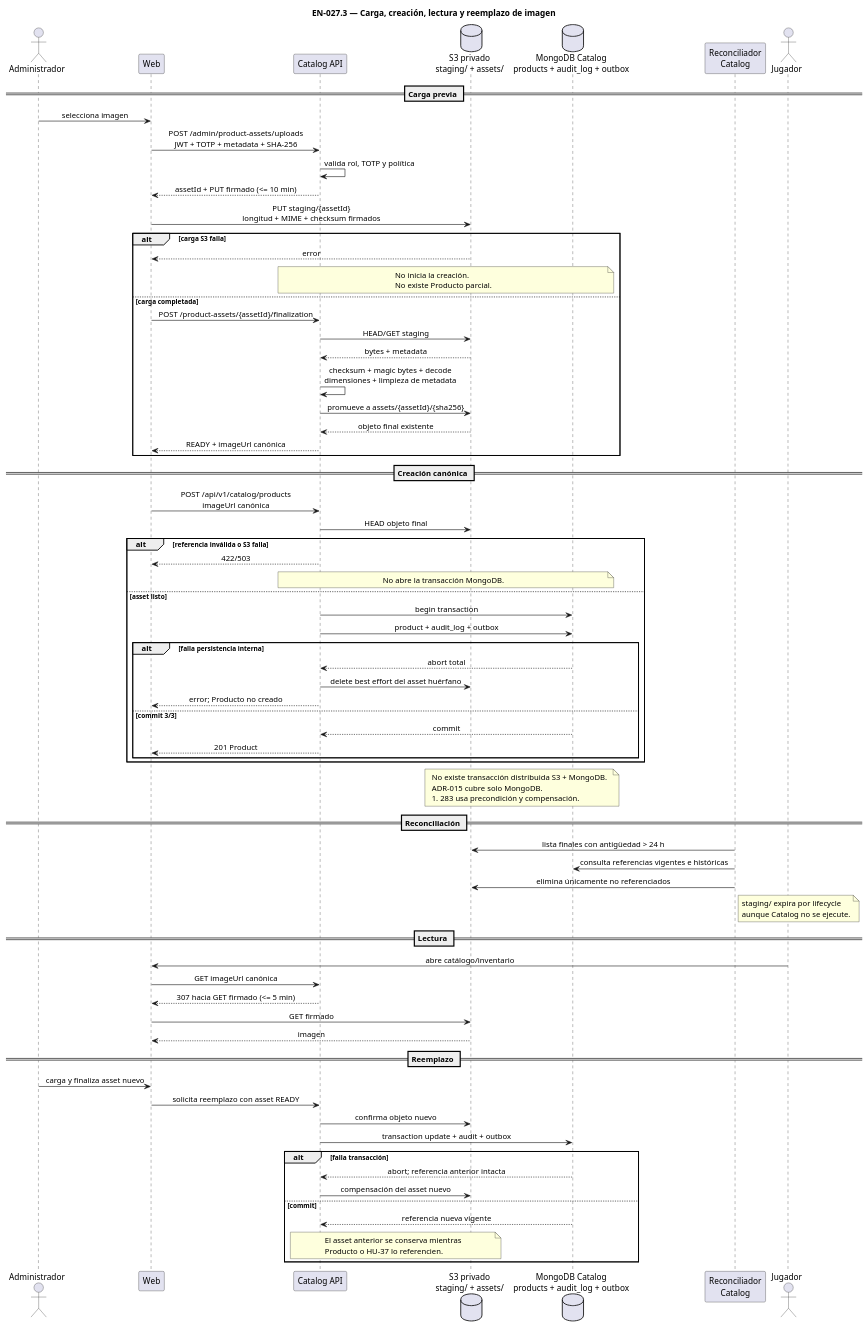
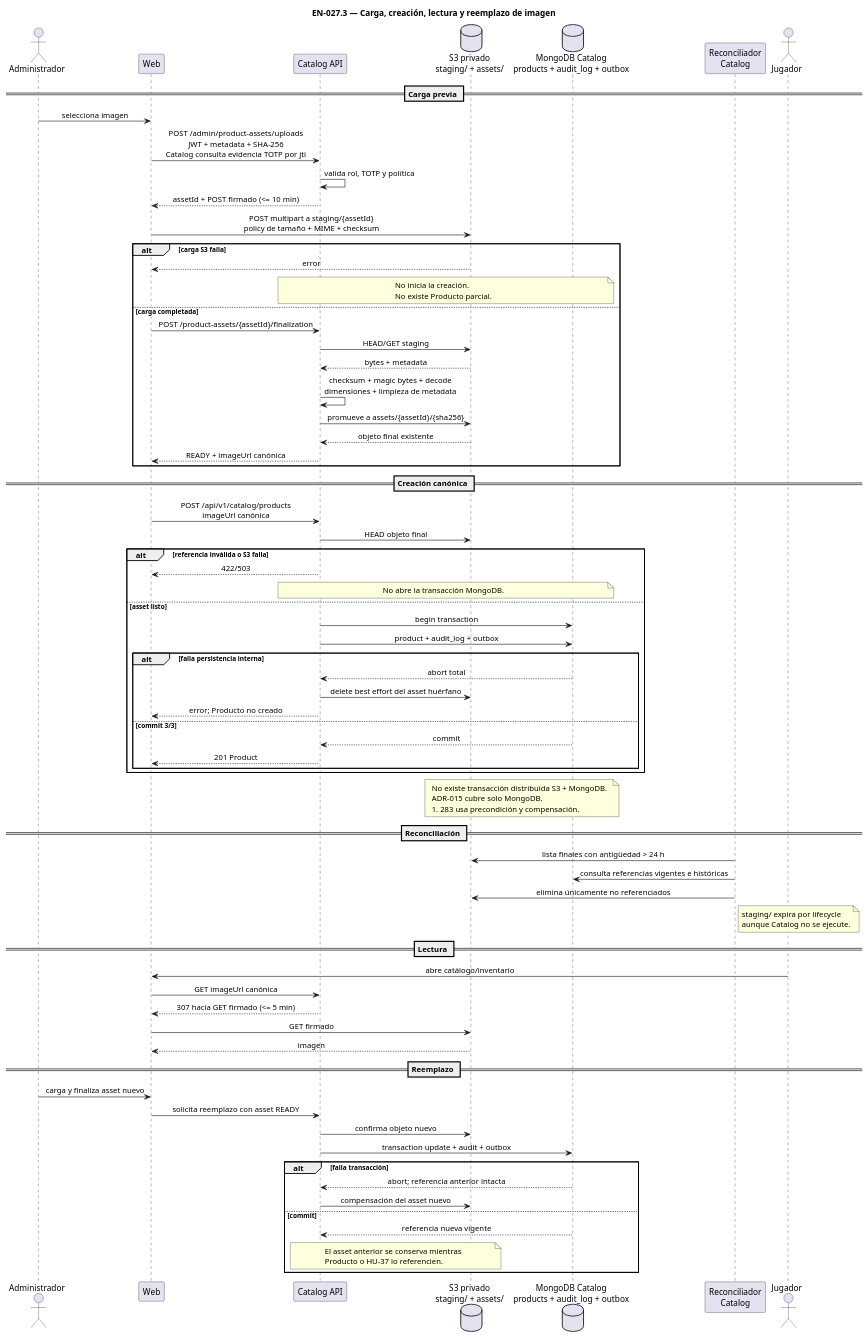
One commit to Nexus-Battle-VI/Nexus-Battle-Infrastructure changed the diagram in docs/diagrams/catalog-product-asset-lifecycle.puml. Above: the diagram before and after it, drawn with PlantUML.

Commit message:
docs(diagram): align asset upload with signed POST and MFA evidence

```diff
--- a/docs/diagrams/catalog-product-asset-lifecycle.puml
+++ b/docs/diagrams/catalog-product-asset-lifecycle.puml
@@ -1,103 +1,103 @@
 @startuml
 title EN-027.3 — Carga, creación, lectura y reemplazo de imagen
 
 skinparam shadowing false
 skinparam sequenceMessageAlign center
 
 actor "Administrador" as admin
 participant "Web" as web
 participant "Catalog API" as catalog
 database "S3 privado\nstaging/ + assets/" as s3
 database "MongoDB Catalog\nproducts + audit_log + outbox" as mongo
 participant "Reconciliador\nCatalog" as reconcile
 actor "Jugador" as player
 
 == Carga previa ==
 
 admin -> web : selecciona imagen
-web -> catalog : POST /admin/product-assets/uploads\nJWT + TOTP + metadata + SHA-256
+web -> catalog : POST /admin/product-assets/uploads\nJWT + metadata + SHA-256\nCatalog consulta evidencia TOTP por jti
 catalog -> catalog : valida rol, TOTP y política
-catalog --> web : assetId + PUT firmado (<= 10 min)
-web -> s3 : PUT staging/{assetId}\nlongitud + MIME + checksum firmados
+catalog --> web : assetId + POST firmado (<= 10 min)
+web -> s3 : POST multipart a staging/{assetId}\npolicy de tamaño + MIME + checksum
 
 alt carga S3 falla
   s3 --> web : error
   note over catalog,mongo
     No inicia la creación.
     No existe Producto parcial.
   end note
 else carga completada
   web -> catalog : POST /product-assets/{assetId}/finalization
   catalog -> s3 : HEAD/GET staging
   s3 --> catalog : bytes + metadata
   catalog -> catalog : checksum + magic bytes + decode\ndimensiones + limpieza de metadata
   catalog -> s3 : promueve a assets/{assetId}/{sha256}
   s3 --> catalog : objeto final existente
   catalog --> web : READY + imageUrl canónica
 end
 
 == Creación canónica ==
 
 web -> catalog : POST /api/v1/catalog/products\nimageUrl canónica
 catalog -> s3 : HEAD objeto final
 
 alt referencia inválida o S3 falla
   catalog --> web : 422/503
   note over catalog,mongo
     No abre la transacción MongoDB.
   end note
 else asset listo
   catalog -> mongo : begin transaction
   catalog -> mongo : product + audit_log + outbox
   alt falla persistencia interna
     mongo --> catalog : abort total
     catalog -> s3 : delete best effort del asset huérfano
     catalog --> web : error; Producto no creado
   else commit 3/3
     mongo --> catalog : commit
     catalog --> web : 201 Product
   end
 end
 
 note over s3,mongo
   No existe transacción distribuida S3 + MongoDB.
   ADR-015 cubre solo MongoDB.
   #283 usa precondición y compensación.
 end note
 
 == Reconciliación ==
 
 reconcile -> s3 : lista finales con antigüedad > 24 h
 reconcile -> mongo : consulta referencias vigentes e históricas
 reconcile -> s3 : elimina únicamente no referenciados
 note right of reconcile
   staging/ expira por lifecycle
   aunque Catalog no se ejecute.
 end note
 
 == Lectura ==
 
 player -> web : abre catálogo/inventario
 web -> catalog : GET imageUrl canónica
 catalog --> web : 307 hacia GET firmado (<= 5 min)
 web -> s3 : GET firmado
 s3 --> web : imagen
 
 == Reemplazo ==
 
 admin -> web : carga y finaliza asset nuevo
 web -> catalog : solicita reemplazo con asset READY
 catalog -> s3 : confirma objeto nuevo
 catalog -> mongo : transaction update + audit + outbox
 alt falla transacción
   mongo --> catalog : abort; referencia anterior intacta
   catalog -> s3 : compensación del asset nuevo
 else commit
   mongo --> catalog : referencia nueva vigente
   note over catalog,s3
     El asset anterior se conserva mientras
     Producto o HU-37 lo referencien.
   end note
 end
 
 @enduml
```
